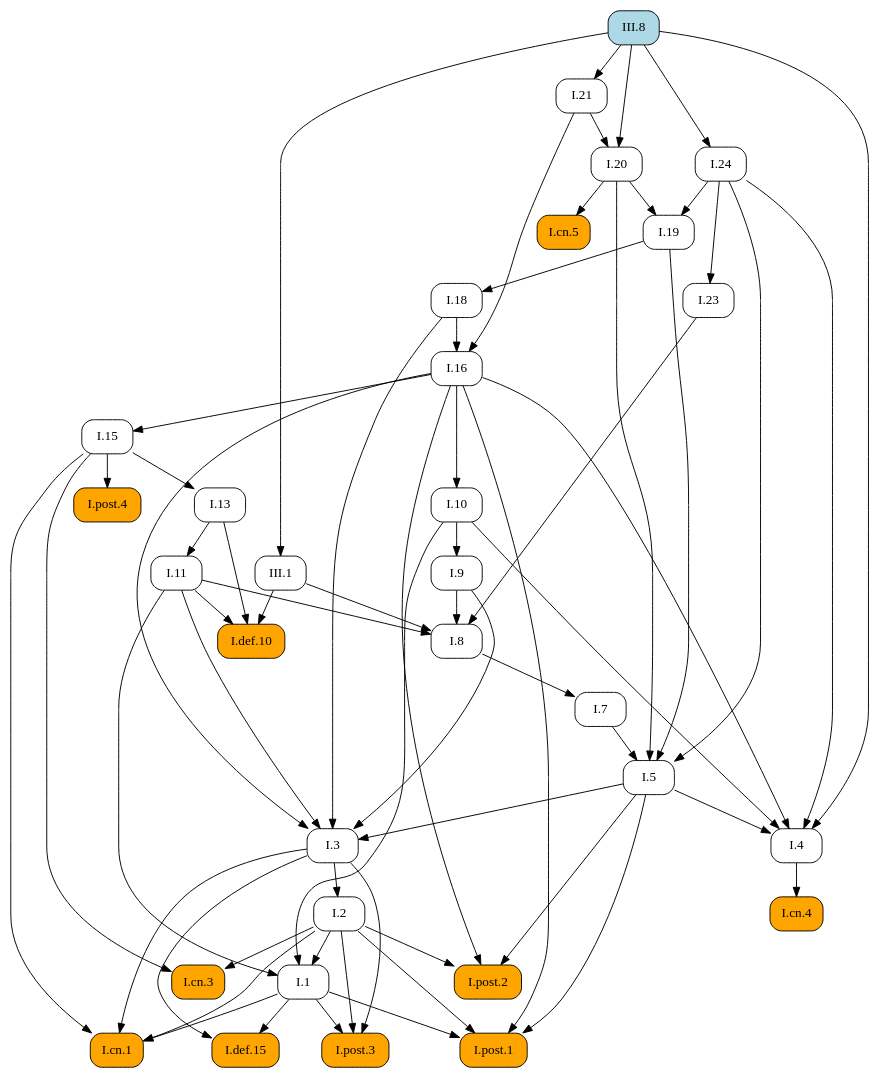
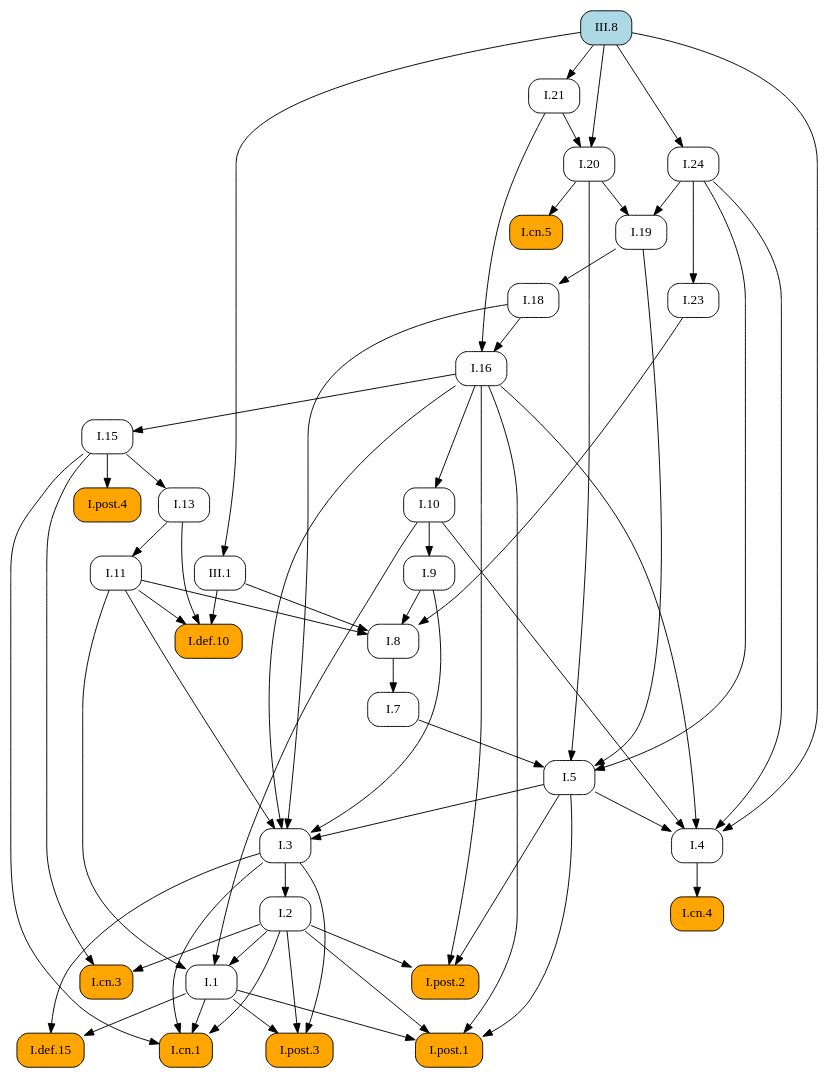
The diagram in docsrc/elements2/III/8/index.rst (geometor/elements), drawn with Graphviz before and after one commit. The commit also changed other lines of this file and 171 other files, not shown here.

```diff
--- a/docsrc/elements2/III/8/index.rst
+++ b/docsrc/elements2/III/8/index.rst
@@ -141,98 +141,98 @@
    digraph {
      rankdir="TB";
      node [shape=box, style=rounded];
+     "I.8" [URL="/elements2/I/8/", target="_top"];
+     "I.19" [URL="/elements2/I/19/", target="_top"];
+     "I.1" [URL="/elements2/I/1/", target="_top"];
+     "I.cn.4" [style="rounded,filled", fillcolor=orange, URL="/elements2/I/cn.4/", target="_top"];
+     "I.cn.3" [style="rounded,filled", fillcolor=orange, URL="/elements2/I/cn.3/", target="_top"];
+     "I.7" [URL="/elements2/I/7/", target="_top"];
+     "I.post.1" [style="rounded,filled", fillcolor=orange, URL="/elements2/I/post.1/", target="_top"];
+     "I.9" [URL="/elements2/I/9/", target="_top"];
+     "I.5" [URL="/elements2/I/5/", target="_top"];
+     "I.cn.1" [style="rounded,filled", fillcolor=orange, URL="/elements2/I/cn.1/", target="_top"];
      "I.16" [URL="/elements2/I/16/", target="_top"];
+     "I.def.10" [style="rounded,filled", fillcolor=orange, URL="/elements2/I/def.10/", target="_top"];
+     "I.18" [URL="/elements2/I/18/", target="_top"];
+     "I.21" [URL="/elements2/I/21/", target="_top"];
+     "I.13" [URL="/elements2/I/13/", target="_top"];
+     "I.post.4" [style="rounded,filled", fillcolor=orange, URL="/elements2/I/post.4/", target="_top"];
+     "I.2" [URL="/elements2/I/2/", target="_top"];
      "III.8" [style="rounded,filled", fillcolor=lightblue, URL="/elements2/III/8/", target="_top"];
-     "I.def.10" [style="rounded,filled", fillcolor=orange, URL="/elements2/I/def.10/", target="_top"];
-     "I.21" [URL="/elements2/I/21/", target="_top"];
-     "I.9" [URL="/elements2/I/9/", target="_top"];
-     "I.18" [URL="/elements2/I/18/", target="_top"];
+     "I.def.15" [style="rounded,filled", fillcolor=orange, URL="/elements2/I/def.15/", target="_top"];
+     "I.4" [URL="/elements2/I/4/", target="_top"];
+     "I.24" [URL="/elements2/I/24/", target="_top"];
+     "I.cn.5" [style="rounded,filled", fillcolor=orange, URL="/elements2/I/cn.5/", target="_top"];
+     "III.1" [URL="/elements2/III/1/", target="_top"];
+     "I.11" [URL="/elements2/I/11/", target="_top"];
+     "I.10" [URL="/elements2/I/10/", target="_top"];
+     "I.15" [URL="/elements2/I/15/", target="_top"];
      "I.20" [URL="/elements2/I/20/", target="_top"];
-     "I.8" [URL="/elements2/I/8/", target="_top"];
-     "I.2" [URL="/elements2/I/2/", target="_top"];
+     "I.3" [URL="/elements2/I/3/", target="_top"];
+     "I.post.2" [style="rounded,filled", fillcolor=orange, URL="/elements2/I/post.2/", target="_top"];
      "I.23" [URL="/elements2/I/23/", target="_top"];
-     "I.15" [URL="/elements2/I/15/", target="_top"];
-     "I.cn.4" [style="rounded,filled", fillcolor=orange, URL="/elements2/I/cn.4/", target="_top"];
-     "I.def.15" [style="rounded,filled", fillcolor=orange, URL="/elements2/I/def.15/", target="_top"];
      "I.post.3" [style="rounded,filled", fillcolor=orange, URL="/elements2/I/post.3/", target="_top"];
-     "III.1" [URL="/elements2/III/1/", target="_top"];
-     "I.1" [URL="/elements2/I/1/", target="_top"];
-     "I.post.2" [style="rounded,filled", fillcolor=orange, URL="/elements2/I/post.2/", target="_top"];
-     "I.13" [URL="/elements2/I/13/", target="_top"];
-     "I.24" [URL="/elements2/I/24/", target="_top"];
-     "I.post.1" [style="rounded,filled", fillcolor=orange, URL="/elements2/I/post.1/", target="_top"];
-     "I.10" [URL="/elements2/I/10/", target="_top"];
-     "I.7" [URL="/elements2/I/7/", target="_top"];
-     "I.post.4" [style="rounded,filled", fillcolor=orange, URL="/elements2/I/post.4/", target="_top"];
-     "I.cn.1" [style="rounded,filled", fillcolor=orange, URL="/elements2/I/cn.1/", target="_top"];
-     "I.3" [URL="/elements2/I/3/", target="_top"];
-     "I.cn.3" [style="rounded,filled", fillcolor=orange, URL="/elements2/I/cn.3/", target="_top"];
-     "I.cn.5" [style="rounded,filled", fillcolor=orange, URL="/elements2/I/cn.5/", target="_top"];
-     "I.11" [URL="/elements2/I/11/", target="_top"];
-     "I.19" [URL="/elements2/I/19/", target="_top"];
-     "I.5" [URL="/elements2/I/5/", target="_top"];
-     "I.4" [URL="/elements2/I/4/", target="_top"];
+     "I.9" -> "I.8";
+     "I.11" -> "I.8";
+     "I.23" -> "I.8";
+     "III.1" -> "I.8";
+     "I.20" -> "I.19";
+     "I.24" -> "I.19";
+     "I.2" -> "I.1";
+     "I.10" -> "I.1";
+     "I.11" -> "I.1";
+     "I.4" -> "I.cn.4";
+     "I.2" -> "I.cn.3";
+     "I.15" -> "I.cn.3";
+     "I.8" -> "I.7";
+     "I.1" -> "I.post.1";
+     "I.2" -> "I.post.1";
+     "I.5" -> "I.post.1";
+     "I.16" -> "I.post.1";
+     "I.10" -> "I.9";
+     "I.7" -> "I.5";
+     "I.19" -> "I.5";
+     "I.20" -> "I.5";
+     "I.24" -> "I.5";
+     "I.1" -> "I.cn.1";
+     "I.2" -> "I.cn.1";
+     "I.3" -> "I.cn.1";
+     "I.15" -> "I.cn.1";
      "I.18" -> "I.16";
      "I.21" -> "I.16";
      "I.11" -> "I.def.10";
      "I.13" -> "I.def.10";
      "III.1" -> "I.def.10";
+     "I.19" -> "I.18";
      "III.8" -> "I.21";
-     "I.10" -> "I.9";
-     "I.19" -> "I.18";
+     "I.15" -> "I.13";
+     "I.15" -> "I.post.4";
+     "I.3" -> "I.2";
+     "I.1" -> "I.def.15";
+     "I.3" -> "I.def.15";
+     "I.5" -> "I.4";
+     "I.10" -> "I.4";
+     "I.16" -> "I.4";
+     "I.24" -> "I.4";
+     "III.8" -> "I.4";
+     "III.8" -> "I.24";
+     "I.20" -> "I.cn.5";
+     "III.8" -> "III.1";
+     "I.13" -> "I.11";
+     "I.16" -> "I.10";
+     "I.16" -> "I.15";
      "I.21" -> "I.20";
      "III.8" -> "I.20";
-     "I.9" -> "I.8";
-     "I.11" -> "I.8";
-     "I.23" -> "I.8";
-     "III.1" -> "I.8";
-     "I.3" -> "I.2";
-     "I.24" -> "I.23";
-     "I.16" -> "I.15";
-     "I.4" -> "I.cn.4";
-     "I.1" -> "I.def.15";
-     "I.3" -> "I.def.15";
-     "I.1" -> "I.post.3";
-     "I.2" -> "I.post.3";
-     "I.3" -> "I.post.3";
-     "III.8" -> "III.1";
-     "I.2" -> "I.1";
-     "I.10" -> "I.1";
-     "I.11" -> "I.1";
-     "I.2" -> "I.post.2";
-     "I.5" -> "I.post.2";
-     "I.16" -> "I.post.2";
-     "I.15" -> "I.13";
-     "III.8" -> "I.24";
-     "I.1" -> "I.post.1";
-     "I.2" -> "I.post.1";
-     "I.5" -> "I.post.1";
-     "I.16" -> "I.post.1";
-     "I.16" -> "I.10";
-     "I.8" -> "I.7";
-     "I.15" -> "I.post.4";
-     "I.1" -> "I.cn.1";
-     "I.2" -> "I.cn.1";
-     "I.3" -> "I.cn.1";
-     "I.15" -> "I.cn.1";
      "I.5" -> "I.3";
      "I.9" -> "I.3";
      "I.11" -> "I.3";
      "I.16" -> "I.3";
      "I.18" -> "I.3";
-     "I.2" -> "I.cn.3";
-     "I.15" -> "I.cn.3";
-     "I.20" -> "I.cn.5";
-     "I.13" -> "I.11";
-     "I.20" -> "I.19";
-     "I.24" -> "I.19";
-     "I.7" -> "I.5";
-     "I.19" -> "I.5";
-     "I.20" -> "I.5";
-     "I.24" -> "I.5";
-     "I.5" -> "I.4";
-     "I.10" -> "I.4";
-     "I.16" -> "I.4";
-     "I.24" -> "I.4";
-     "III.8" -> "I.4";
+     "I.2" -> "I.post.2";
+     "I.5" -> "I.post.2";
+     "I.16" -> "I.post.2";
+     "I.24" -> "I.23";
+     "I.1" -> "I.post.3";
+     "I.2" -> "I.post.3";
+     "I.3" -> "I.post.3";
    }
```
